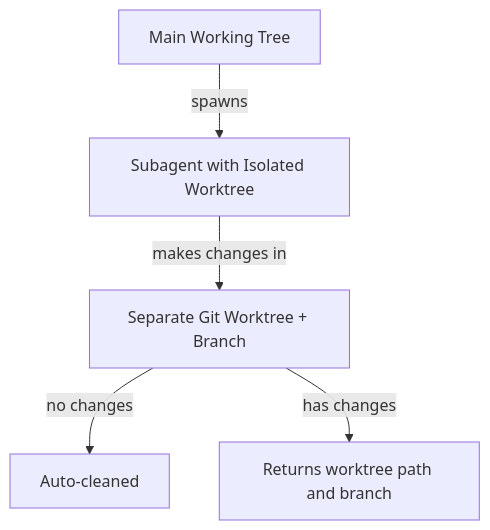
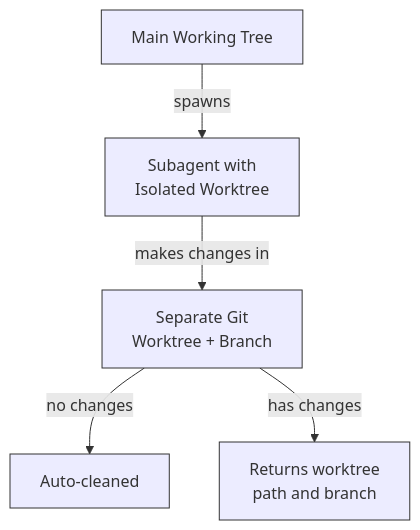
The second of 7 diagrams in claude-howto-zh/04-subagents/README.md (Rx782-Fss/claude-howto-zh), drawn with Mermaid before and after one commit. The commit also changed other lines of this file and 91 other files, not shown here.

````diff
--- a/claude-howto-zh/04-subagents/README.md
+++ b/claude-howto-zh/04-subagents/README.md
@@ -507,8 +552,13 @@
 ```mermaid
 graph TB
-    Main["Main Working Tree"] -->|spawns| Sub["Subagent with Isolated Worktree"]
-    Sub -->|makes changes in| WT["Separate Git Worktree + Branch"]
+    Main["Main Working Tree"] -->|spawns| Sub["Subagent with<br/>Isolated Worktree"]
+    Sub -->|makes changes in| WT["Separate Git<br/>Worktree + Branch"]
     WT -->|no changes| Clean["Auto-cleaned"]
-    WT -->|has changes| Return["Returns worktree path and branch"]
+    WT -->|has changes| Return["Returns worktree<br/>path and branch"]
 
+    style Main fill:# e1f5fe,stroke:#333,color:#333
+    style Sub fill:# f3e5f5,stroke:#333,color:#333
+    style WT fill:# e8f5e9,stroke:#333,color:#333
+    style Clean fill:# fff3e0,stroke:#333,color:#333
+    style Return fill:# fff3e0,stroke:#333,color:#333
 ```
````
